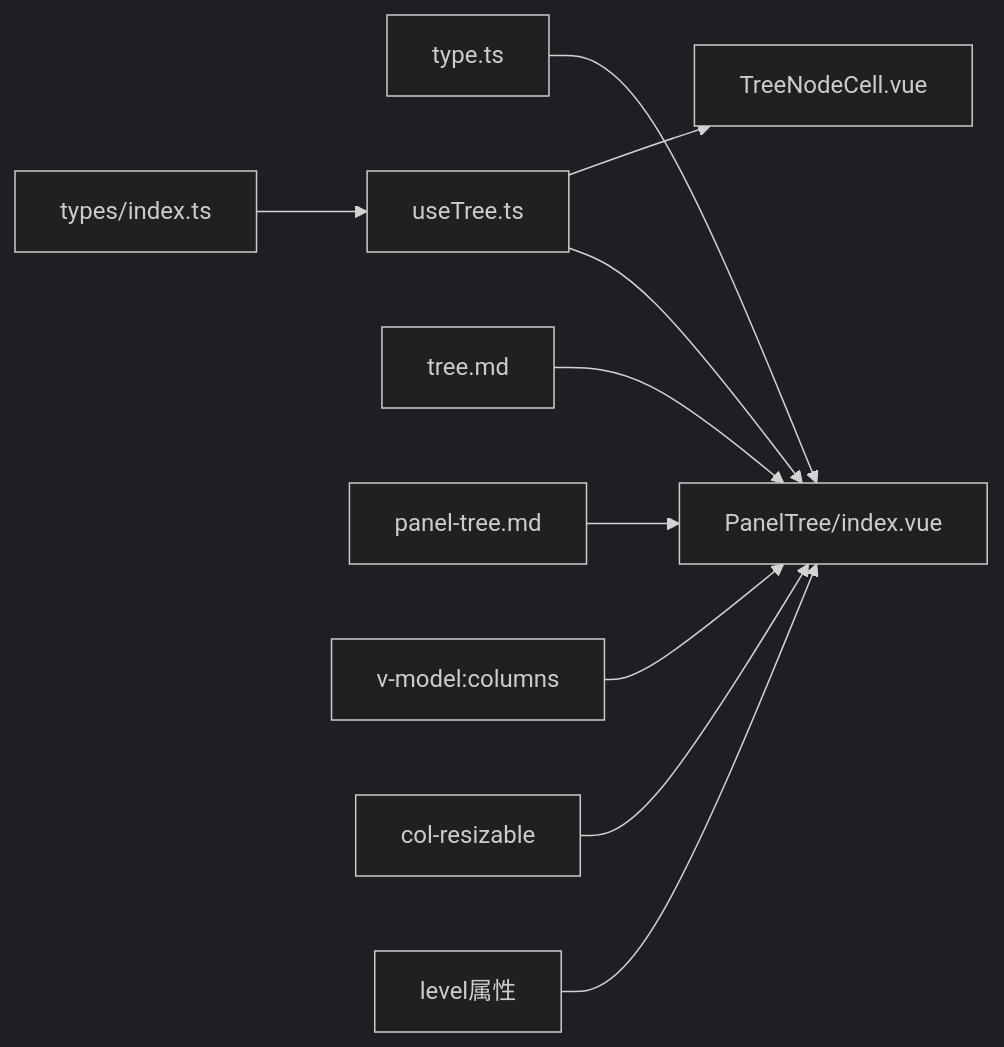
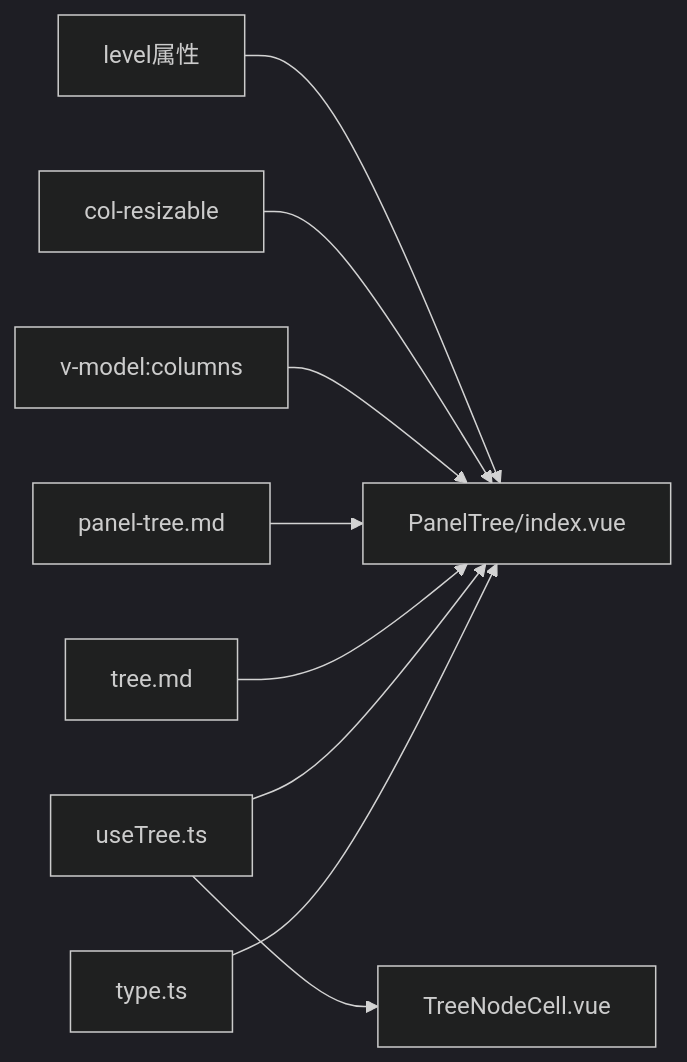
Before and after one commit to ja-plus/stk-table-vue: the fifth of 5 diagrams in .qoder/repowiki/zh/content/示例演示/面板树示例.md, drawn with Mermaid (dark theme). The commit also changed other lines of this file and 47 other files, not shown here.

````diff
--- a/.qoder/repowiki/zh/content/示例演示/面板树示例.md
+++ b/.qoder/repowiki/zh/content/示例演示/面板树示例.md
@@ -278,12 +257,11 @@
 ```mermaid
 graph LR
 Type["type.ts"] --> Panel["PanelTree/index.vue"]
 UseTree["useTree.ts"] --> Panel
 UseTree --> Cell["TreeNodeCell.vue"]
-Types["types/index.ts"] --> UseTree
 Doc1["tree.md"] --> Panel
 Doc2["panel-tree.md"] --> Panel
 DynamicCols["v-model:columns"] --> Panel
 Resizable["col-resizable"] --> Panel
 LevelProp["level属性"] --> Panel
 ```
````
